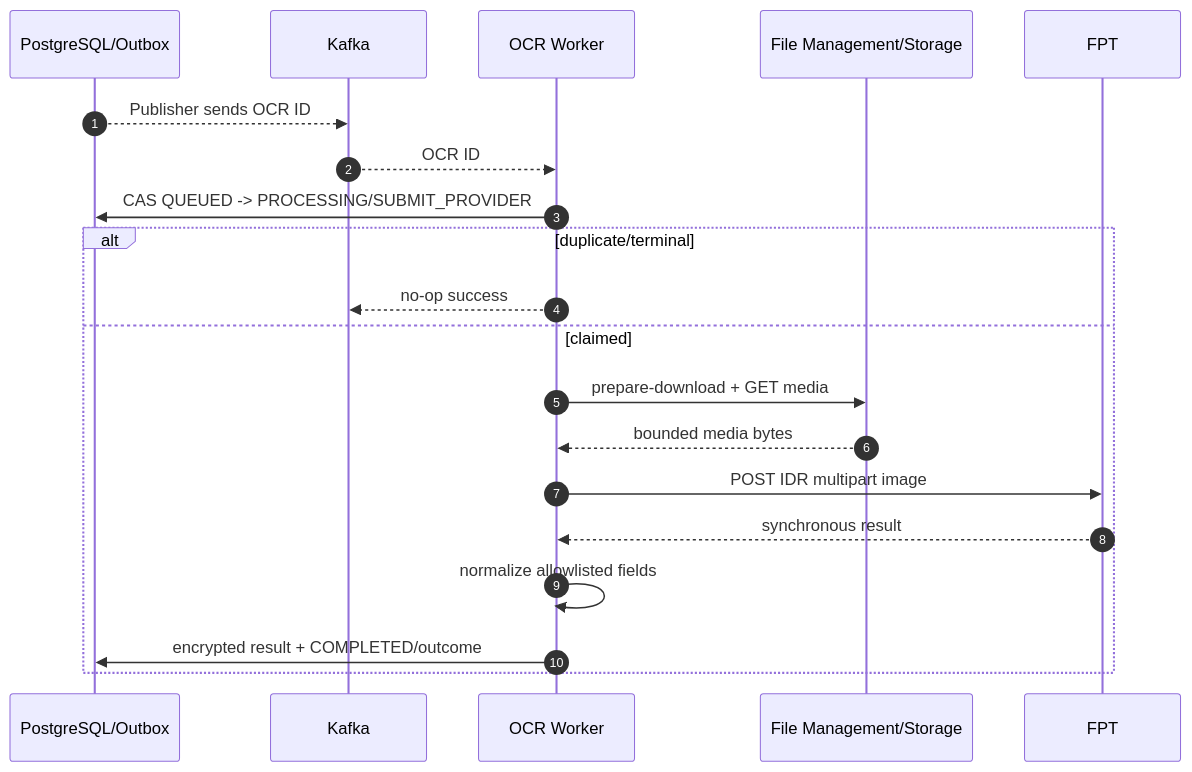
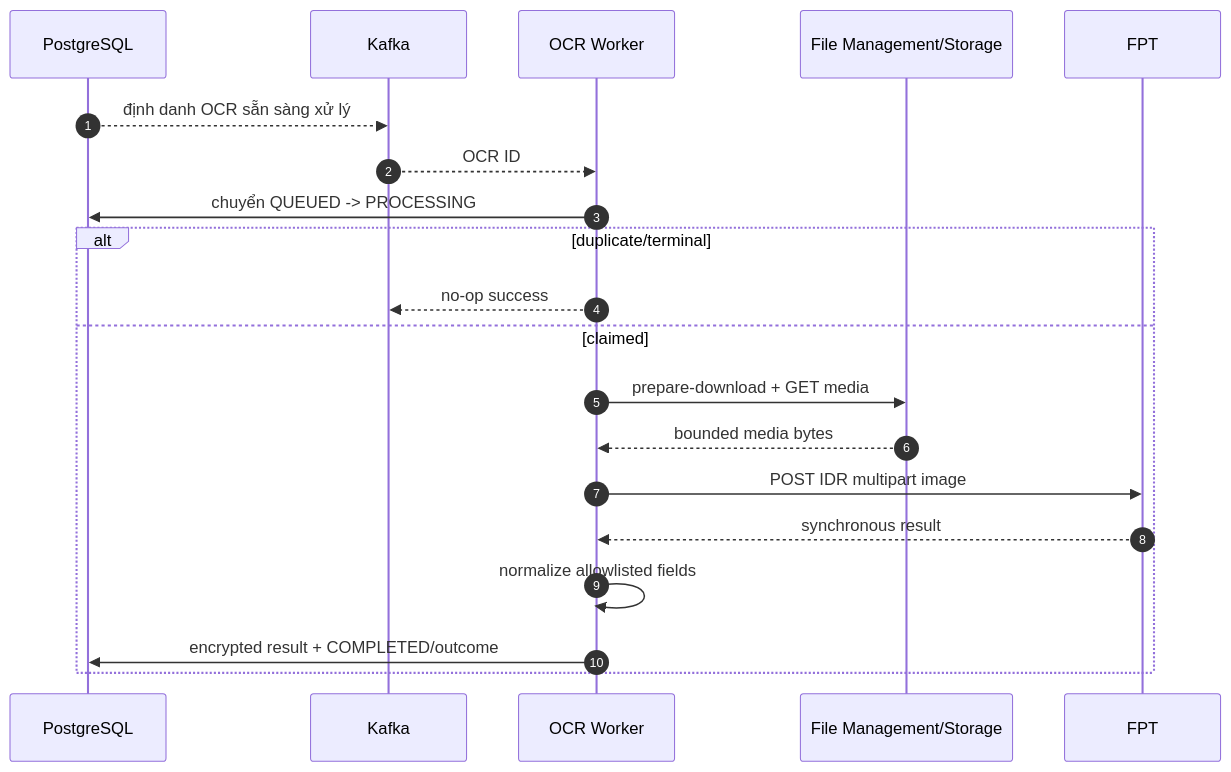
One commit to huynv-xyz/vhm changed the ninth of 12 diagrams in tdd-ocr-ekyc.md. Above: the diagram before and after it, drawn with Mermaid. The commit also changed other lines of this file, not shown here.

````diff
--- a/tdd-ocr-ekyc.md
+++ b/tdd-ocr-ekyc.md
@@ -953,23 +883,23 @@
 ```mermaid
 sequenceDiagram
     autonumber
-    participant D as PostgreSQL/Outbox
+    participant D as PostgreSQL
     participant K as Kafka
     participant W as OCR Worker
     participant F as File Management/Storage
     participant P as FPT
 
-    D-->>K: Publisher sends OCR ID
+    D-->>K: định danh OCR sẵn sàng xử lý
     K-->>W: OCR ID
-    W->>D: CAS QUEUED -> PROCESSING/SUBMIT_PROVIDER
+    W->>D: chuyển QUEUED -> PROCESSING
     alt duplicate/terminal
         W-->>K: no-op success
     else claimed
         W->>F: prepare-download + GET media
         F-->>W: bounded media bytes
         W->>P: POST IDR multipart image
         P-->>W: synchronous result
         W->>W: normalize allowlisted fields
         W->>D: encrypted result + COMPLETED/outcome
     end
 ```
````
